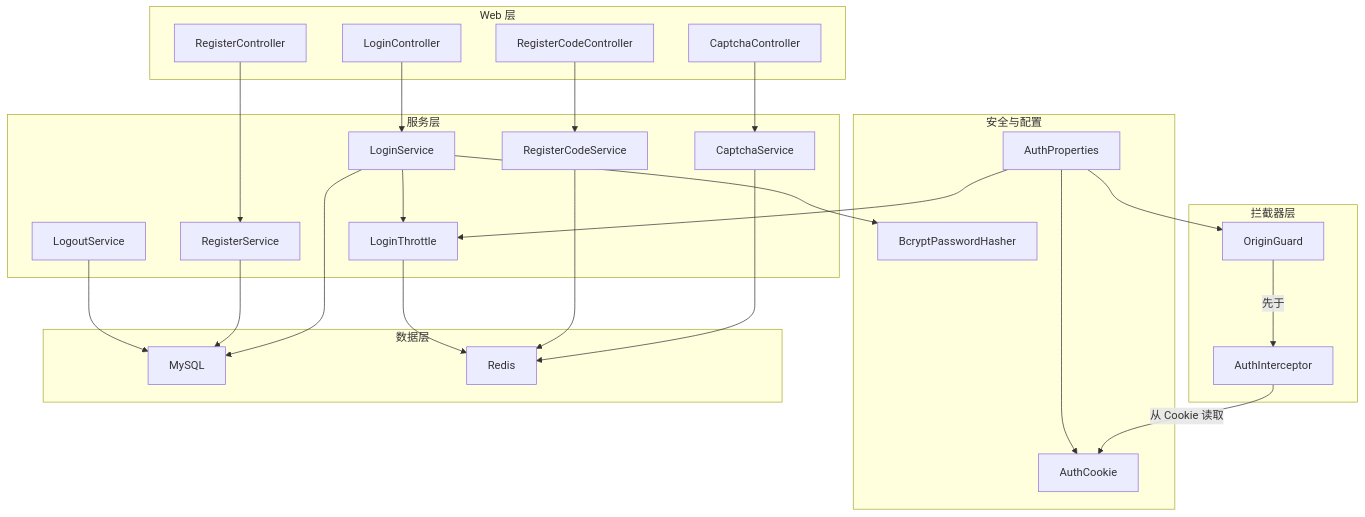
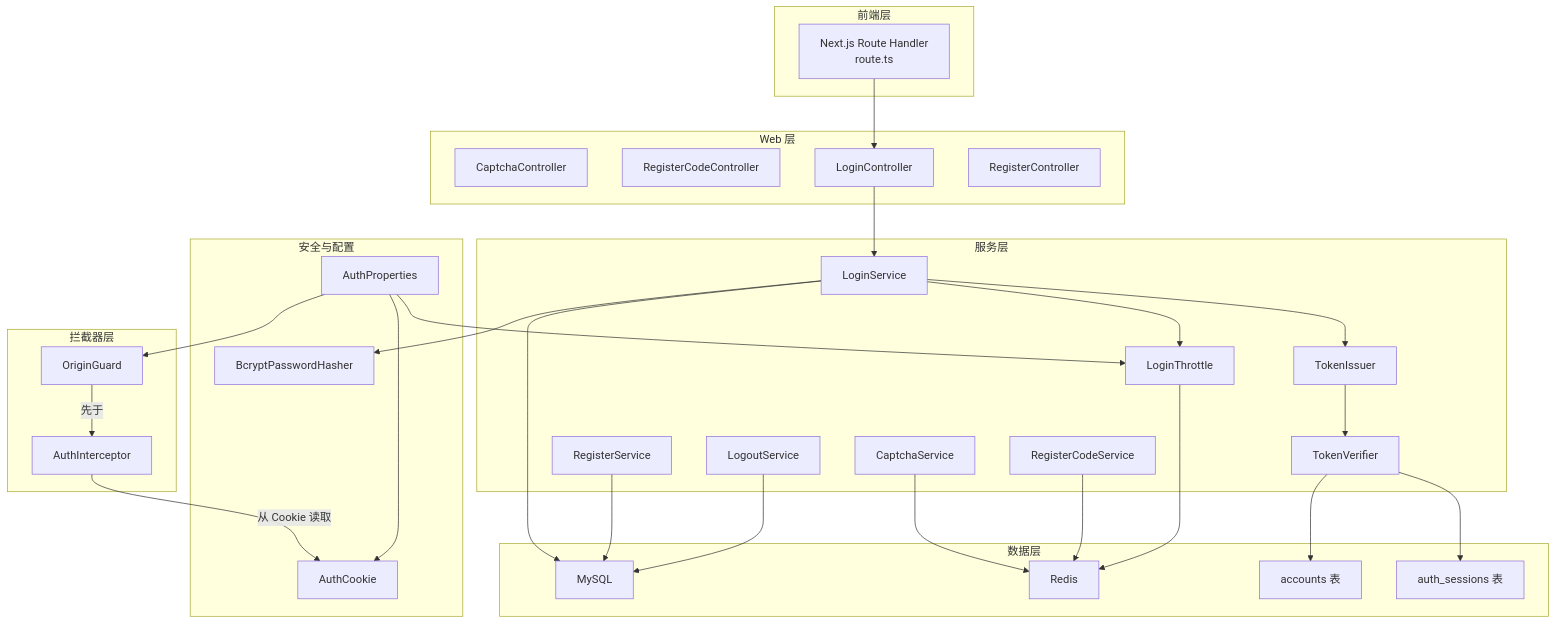
Before and after one commit to luyitiger6/my-first-project: the first of 11 diagrams in .qoder/repowiki/zh/content/后端开发/WanderChain 认证系统.md, drawn with Mermaid. The commit also changed other lines of this file and 54 other files, not shown here.

````diff
--- a/.qoder/repowiki/zh/content/后端开发/WanderChain 认证系统.md
+++ b/.qoder/repowiki/zh/content/后端开发/WanderChain 认证系统.md
@@ -63,47 +55,56 @@
 ```mermaid
 graph TB
+subgraph "前端层"
+NEXT["Next.js Route Handler<br/>route.ts"]
+end
 subgraph "Web 层"
 CAPTCHA["CaptchaController"]
 REG_CODE["RegisterCodeController"]
 LOGIN["LoginController"]
 REGISTER["RegisterController"]
 end
 subgraph "拦截器层"
 ORIGIN["OriginGuard"]
 AUTH_INT["AuthInterceptor"]
 end
 subgraph "服务层"
 CAPTCHA_SVC["CaptchaService"]
 REG_CODE_SVC["RegisterCodeService"]
 LOGIN_SVC["LoginService"]
 REGISTER_SVC["RegisterService"]
 LOGOUT_SVC["LogoutService"]
 THROTTLE["LoginThrottle"]
+TOKEN_ISSUER["TokenIssuer"]
+TOKEN_VERIFIER["TokenVerifier"]
 end
 subgraph "安全与配置"
 COOKIE["AuthCookie"]
 PROPS["AuthProperties"]
 HASH["BcryptPasswordHasher"]
 end
 subgraph "数据层"
 DB["MySQL"]
 REDIS["Redis"]
+ACCOUNTS["accounts 表"]
+SESSIONS["auth_sessions 表"]
 end
-CAPTCHA --> CAPTCHA_SVC
-REG_CODE --> REG_CODE_SVC
+NEXT --> LOGIN
 LOGIN --> LOGIN_SVC
-REGISTER --> REGISTER_SVC
+LOGIN_SVC --> THROTTLE
+LOGIN_SVC --> HASH
+LOGIN_SVC --> TOKEN_ISSUER
 ORIGIN --> |先于| AUTH_INT
 AUTH_INT --> |从 Cookie 读取| COOKIE
 CAPTCHA_SVC --> REDIS
 REG_CODE_SVC --> REDIS
 LOGIN_SVC --> DB
 REGISTER_SVC --> DB
 LOGOUT_SVC --> DB
-LOGIN_SVC --> THROTTLE
 THROTTLE --> REDIS
-LOGIN_SVC --> HASH
+TOKEN_ISSUER --> TOKEN_VERIFIER
+TOKEN_VERIFIER --> ACCOUNTS
+TOKEN_VERIFIER --> SESSIONS
 PROPS --> ORIGIN
 PROPS --> COOKIE
 PROPS --> THROTTLE
 ```
````
